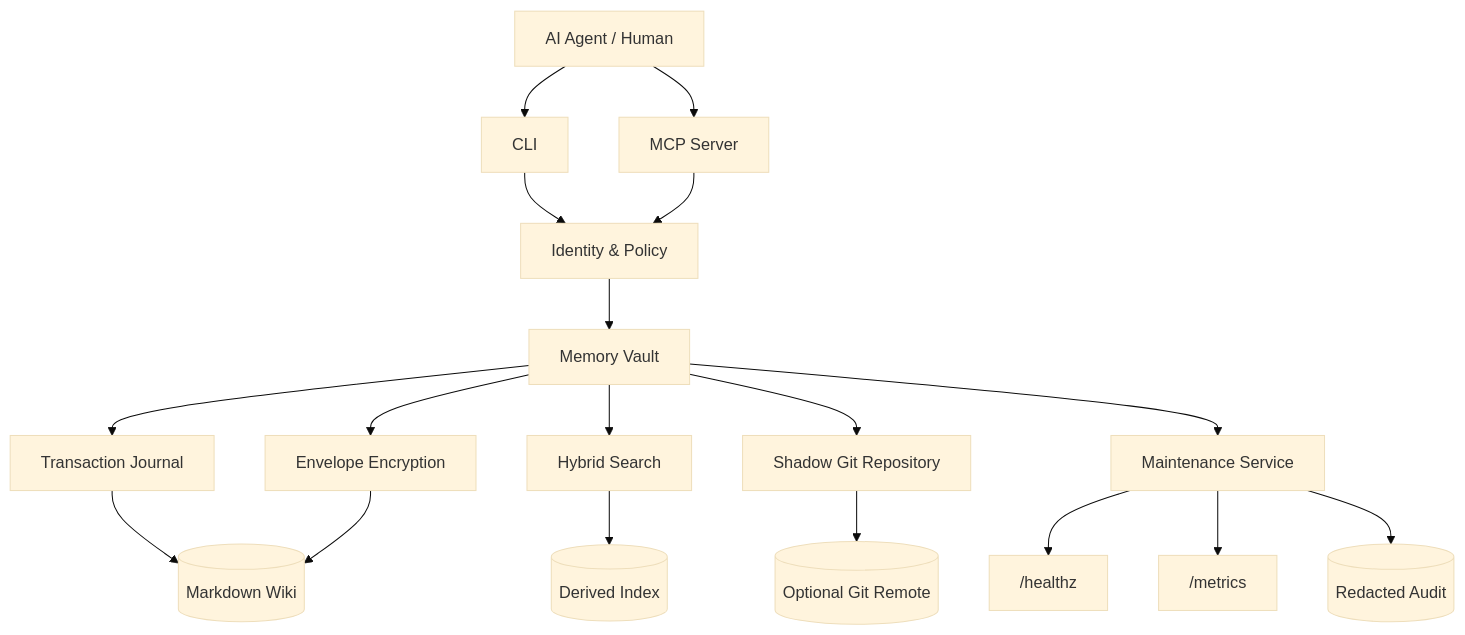
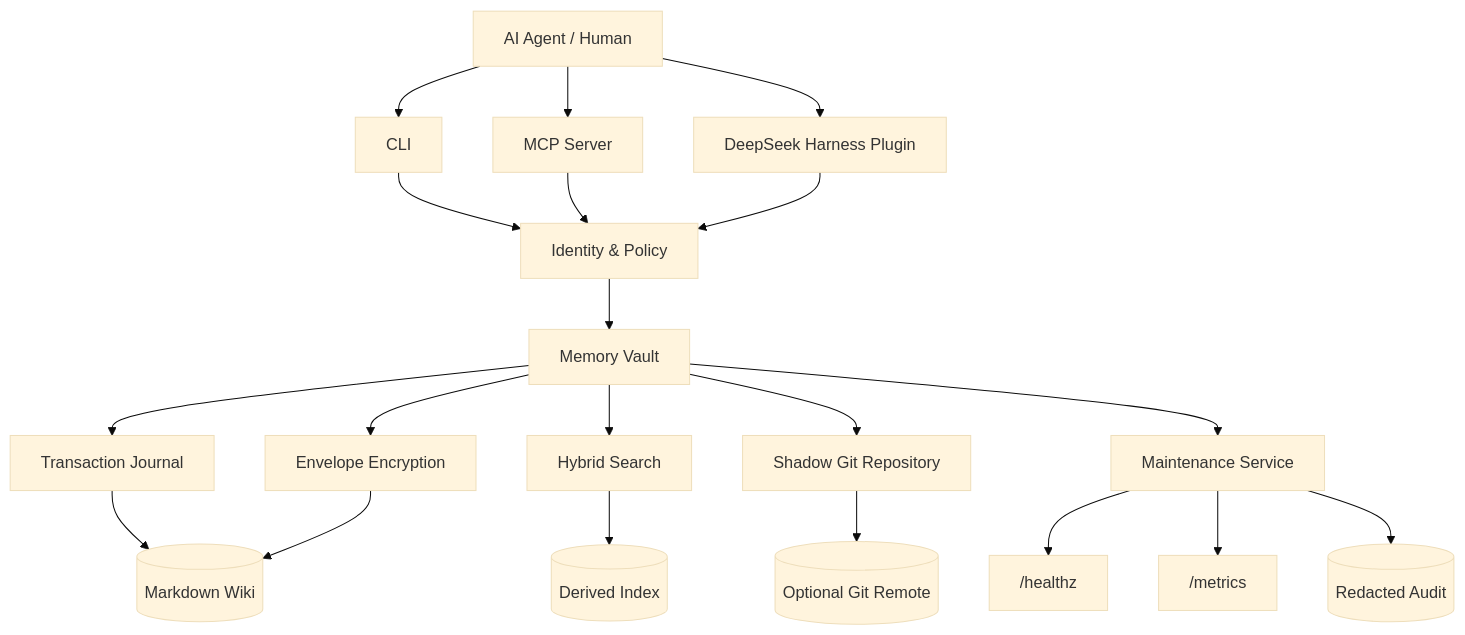
The second of 2 diagrams in README.md (sens-io/memobranch), drawn with Mermaid (base theme) before and after one commit. The commit also changed other lines of this file, not shown here.

Commit message:
docs: add DeepSeek Harness setup guide

````diff
--- a/README.md
+++ b/README.md
@@ -147,24 +149,26 @@
 ```mermaid
 flowchart TB
     Agent[AI Agent / Human] --> CLI[CLI]
     Agent --> MCP[MCP Server]
+    Agent --> DSH[DeepSeek Harness Plugin]
 
     CLI --> Policy[Identity & Policy]
     MCP --> Policy
+    DSH --> Policy
     Policy --> Vault[Memory Vault]
 
     Vault --> TX[Transaction Journal]
     Vault --> Crypto[Envelope Encryption]
     Vault --> Search[Hybrid Search]
     Vault --> Git[Shadow Git Repository]
 
     TX --> Files[(Markdown Wiki)]
     Crypto --> Files
     Search --> Index[(Derived Index)]
     Git --> Remote[(Optional Git Remote)]
 
     Vault --> Ops[Maintenance Service]
     Ops --> Health["/healthz"]
     Ops --> Metrics["/metrics"]
     Ops --> Audit[(Redacted Audit)]
 ```
````
